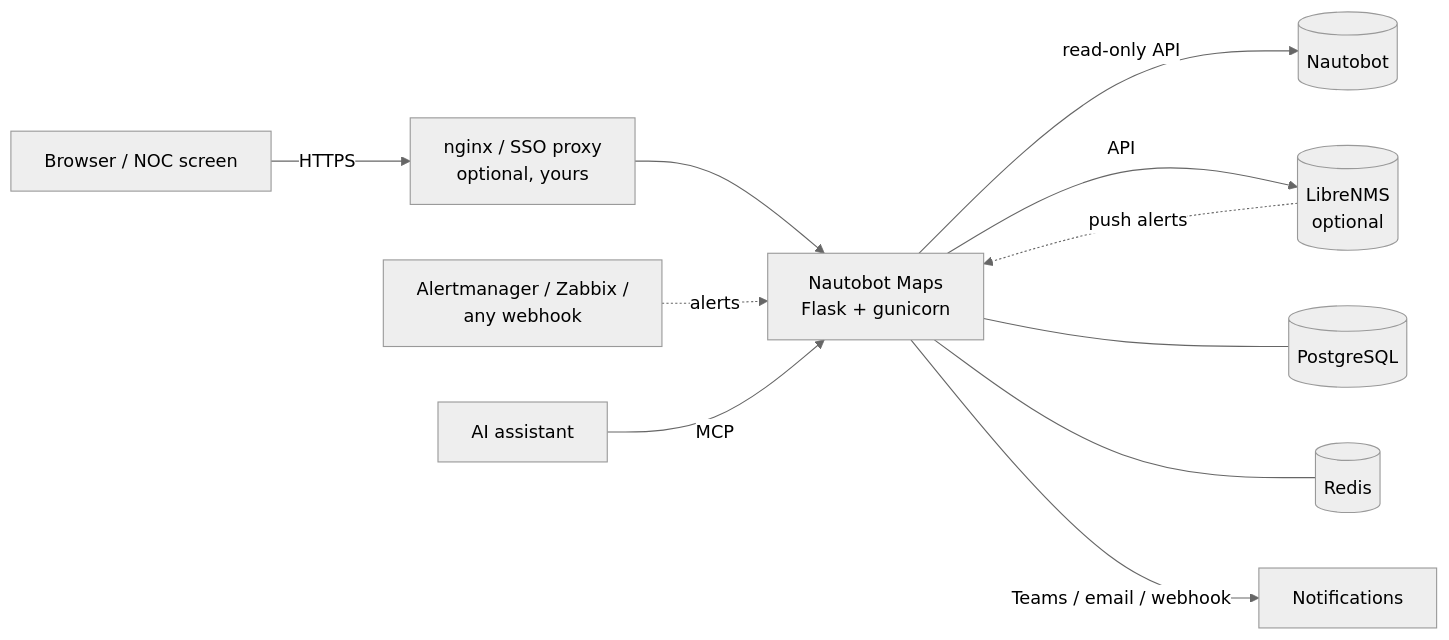
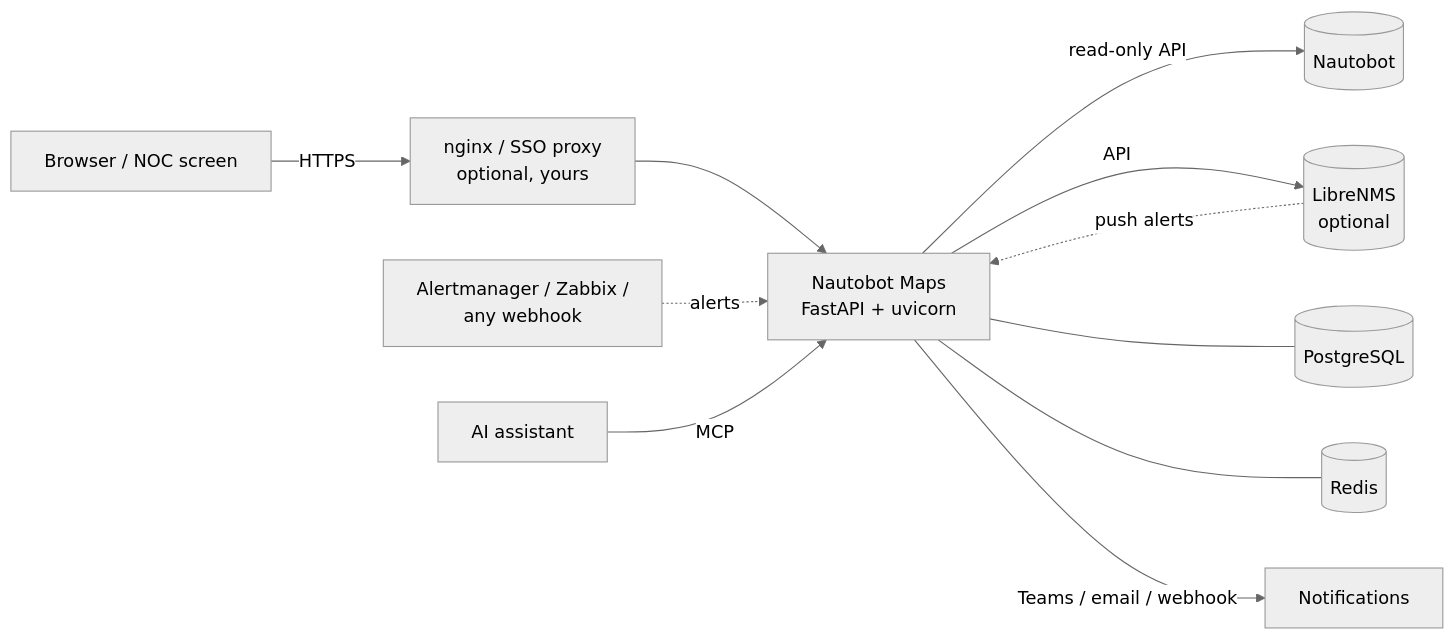
The diagram in docs/how-it-works.md (Jackass4life/Nautobot-maps), drawn with Mermaid (neutral theme) before and after one commit. The commit also changed other lines of this file and 48 other files, not shown here.

First line of the commit message:
Flask removed: the app runs on FastAPI alone (#436, phase 11)

````diff
--- a/docs/how-it-works.md
+++ b/docs/how-it-works.md
@@ -25,13 +25,13 @@
 ```mermaid
 flowchart LR
   user[Browser / NOC screen] -->|HTTPS| proxy[nginx / SSO proxy<br/>optional, yours]
-  proxy --> app[Nautobot Maps<br/>Flask + gunicorn]
+  proxy --> app[Nautobot Maps<br/>FastAPI + uvicorn]
   app -->|read-only API| nb[(Nautobot)]
   app -->|API| lnms[(LibreNMS<br/>optional)]
   lnms -. push alerts .-> app
   am[Alertmanager / Zabbix /<br/>any webhook] -. alerts .-> app
   app --- pg[(PostgreSQL)]
   app --- rd[(Redis)]
   app -->|Teams / email / webhook| notify[Notifications]
   ai[AI assistant] -->|MCP| app
 ```
````
